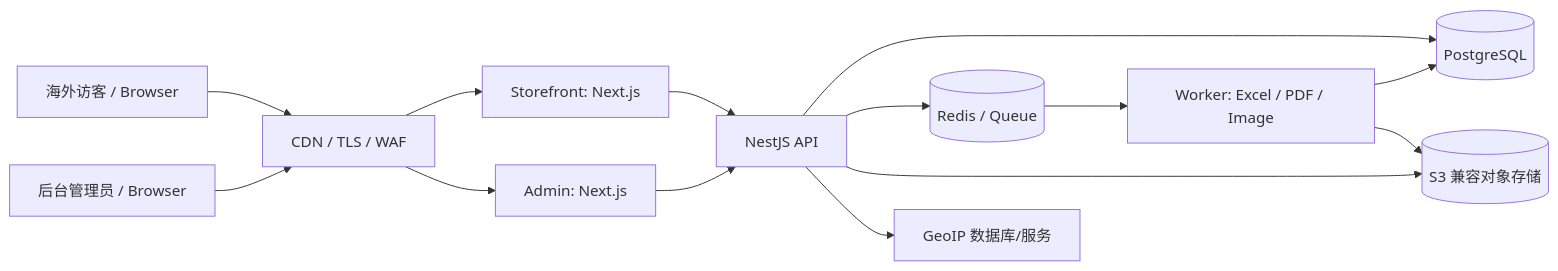
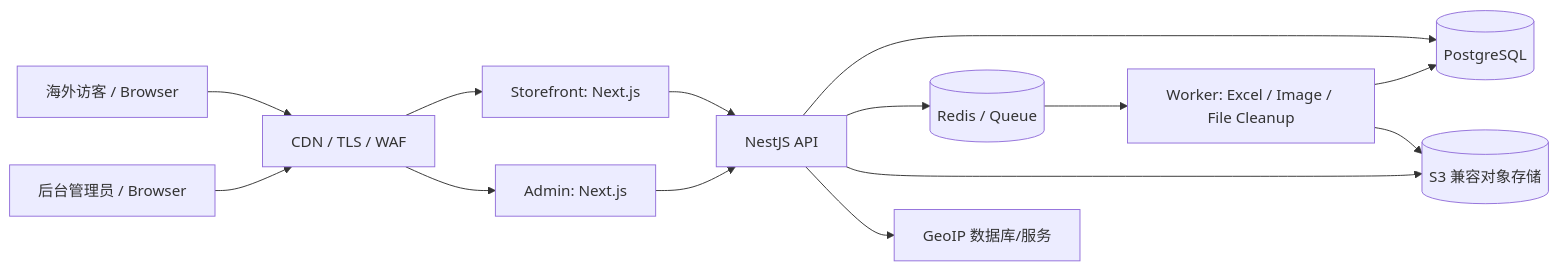
The diagram in docs/02-architecture.md (NotFeel/b2b-inquiry-platform), drawn with Mermaid before and after one commit. The commit also changed other lines of this file, not shown here.

Commit message:
docs: remove Excel-to-PDF from target architecture

````diff
--- a/docs/02-architecture.md
+++ b/docs/02-architecture.md
@@ -5,16 +5,16 @@
 ```mermaid
 flowchart LR
   V[海外访客 / Browser] --> CDN[CDN / TLS / WAF]
   A[后台管理员 / Browser] --> CDN
   CDN --> WEB[Storefront: Next.js]
   CDN --> ADM[Admin: Next.js]
   WEB --> API[NestJS API]
   ADM --> API
   API --> DB[(PostgreSQL)]
   API --> REDIS[(Redis / Queue)]
   API --> OBJ[(S3 兼容对象存储)]
-  REDIS --> WORKER[Worker: Excel / PDF / Image]
+  REDIS --> WORKER[Worker: Excel / Image / File Cleanup]
   WORKER --> DB
   WORKER --> OBJ
   API --> GEO[GeoIP 数据库/服务]
 ```
````
